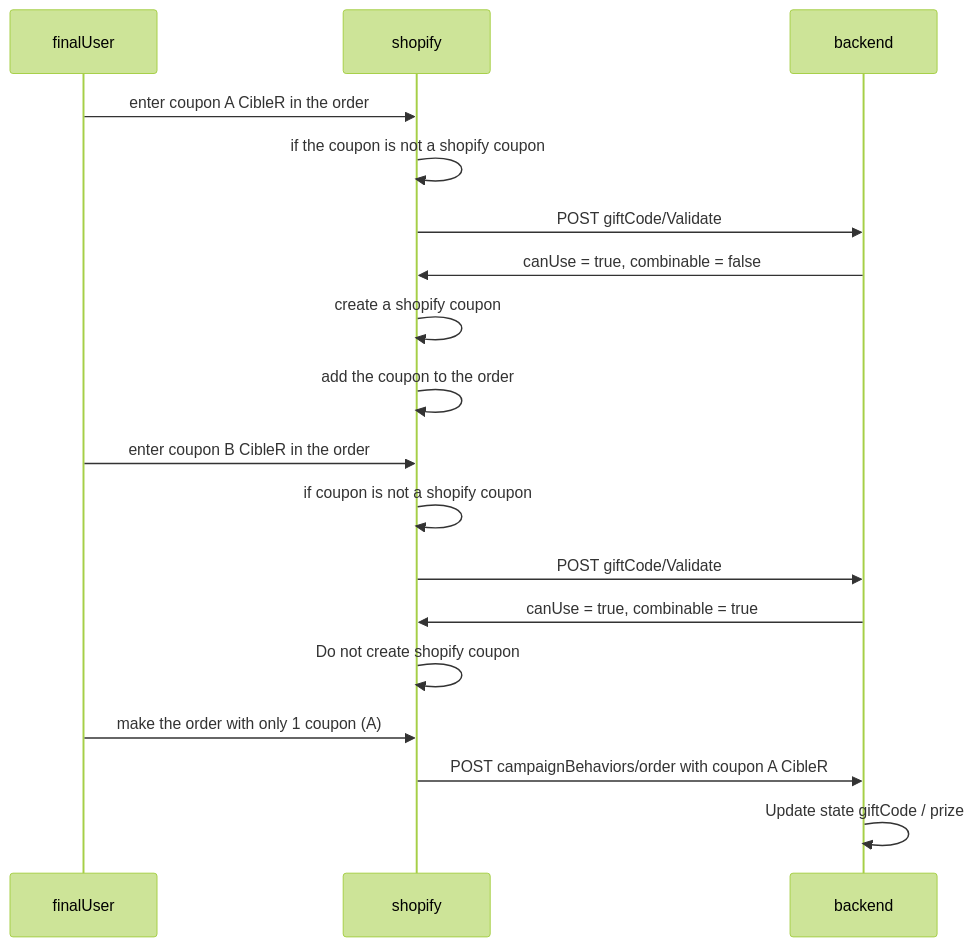
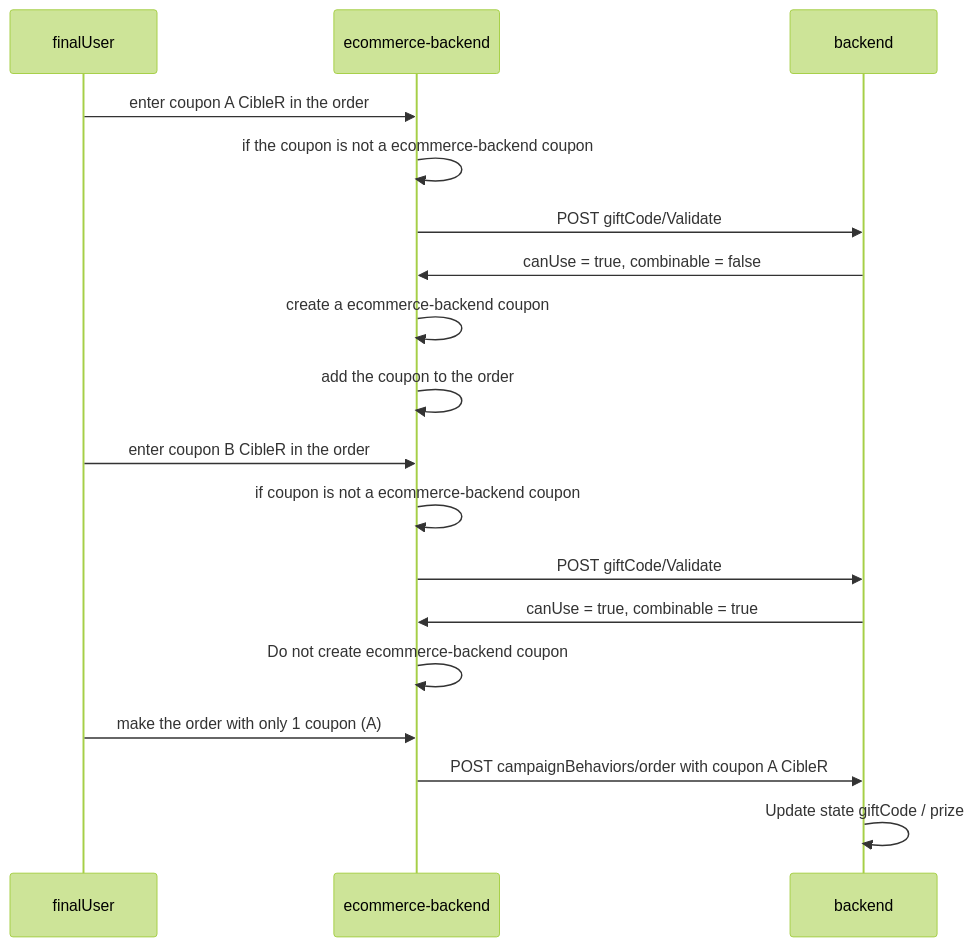
Before and after one commit to hushy/cibler-doc: the fourth of 4 diagrams in _posts/2022-10-04-order-full-documentation.md, drawn with Mermaid (forest theme). The commit also changed other lines of this file and 2 other files, not shown here.

````diff
--- a/_posts/2022-10-04-order-full-documentation.md
+++ b/_posts/2022-10-04-order-full-documentation.md
@@ -149,17 +162,17 @@
  ```mermaid
  sequenceDiagram
- finalUser->>shopify: enter coupon A CibleR in the order
- shopify->>shopify: if the coupon is not a shopify coupon
- shopify->>backend : POST giftCode/Validate
- backend->>shopify : canUse = true, combinable = false
- shopify->>shopify : create a shopify coupon
- shopify->>shopify : add the coupon to the order
- finalUser->>shopify: enter coupon B CibleR in the order
- shopify->>shopify: if coupon is not a shopify coupon
- shopify->>backend : POST giftCode/Validate
- backend->>shopify : canUse = true, combinable = true
- shopify->>shopify : Do not create shopify coupon
- finalUser->>shopify : make the order with only 1 coupon (A)
- shopify->>backend : POST campaignBehaviors/order with coupon A CibleR
+ finalUser->>ecommerce-backend: enter coupon A CibleR in the order
+ ecommerce-backend->>ecommerce-backend: if the coupon is not a ecommerce-backend coupon
+ ecommerce-backend->>backend : POST giftCode/Validate
+ backend->>ecommerce-backend : canUse = true, combinable = false
+ ecommerce-backend->>ecommerce-backend : create a ecommerce-backend coupon
+ ecommerce-backend->>ecommerce-backend : add the coupon to the order
+ finalUser->>ecommerce-backend: enter coupon B CibleR in the order
+ ecommerce-backend->>ecommerce-backend: if coupon is not a ecommerce-backend coupon
+ ecommerce-backend->>backend : POST giftCode/Validate
+ backend->>ecommerce-backend : canUse = true, combinable = true
+ ecommerce-backend->>ecommerce-backend : Do not create ecommerce-backend coupon
+ finalUser->>ecommerce-backend : make the order with only 1 coupon (A)
+ ecommerce-backend->>backend : POST campaignBehaviors/order with coupon A CibleR
  backend->>backend : Update state giftCode / prize
  ```
````
